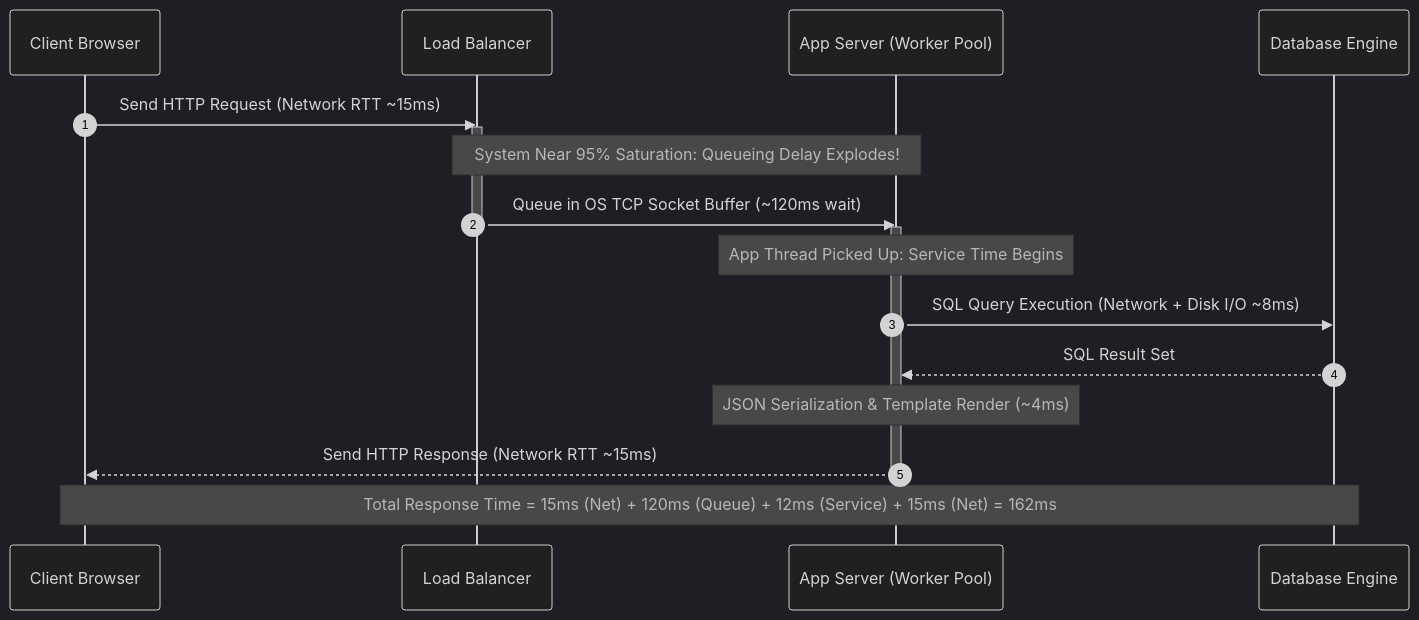
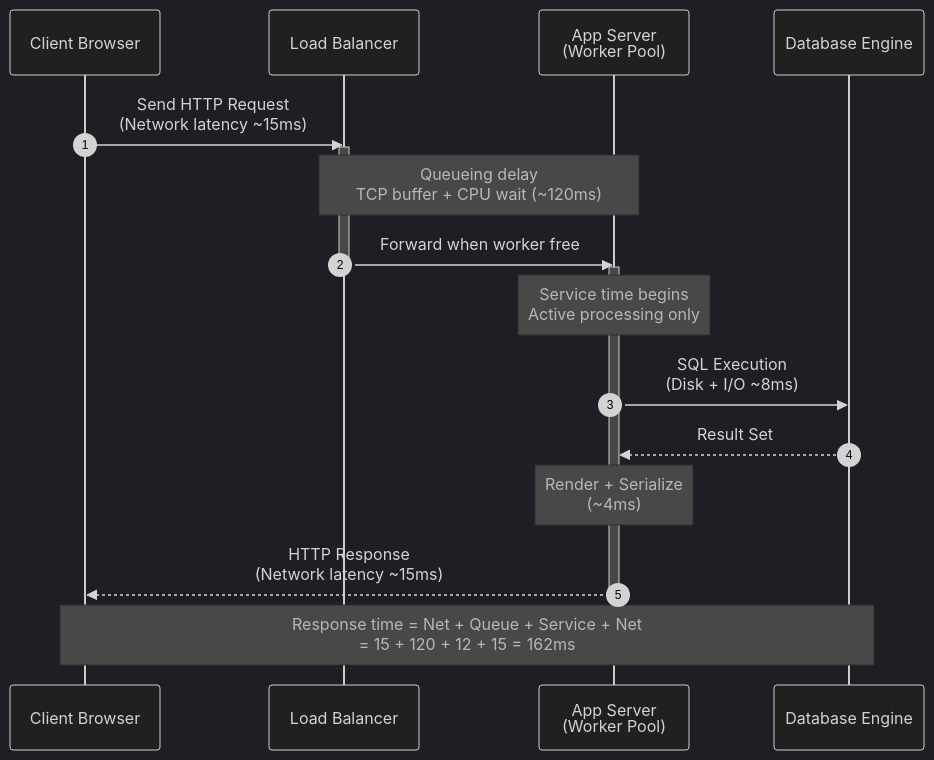
Before and after one commit to 1mimhe/books-summery: the fourth of 6 diagrams in 01 Designing Data-Intensive Applications/chapter-02-defining-nonfunctional-requirements.md, drawn with Mermaid (dark theme). The commit also changed other lines of this file and 2 other files, not shown here.

Commit message:
docs(book01): forensic rewrite ch01-03 (serverless/HPC, 6-fig split, GraphQL/DataFrames/Turtle, figs 3-7/3-9)

````diff
--- a/01 Designing Data-Intensive Applications/chapter-02-defining-nonfunctional-requirements.md
+++ b/01 Designing Data-Intensive Applications/chapter-02-defining-nonfunctional-requirements.md
@@ -230,23 +328,22 @@
 ```mermaid
 sequenceDiagram
   autonumber
   participant Client as Client Browser
   participant LB as Load Balancer
-  participant App as App Server (Worker Pool)
+  participant App as App Server<br/>(Worker Pool)
   participant DB as Database Engine
 
-  Client->>LB: Send HTTP Request (Network RTT ~15ms)
+  Client->>LB: Send HTTP Request<br/>(Network latency ~15ms)
   activate LB
-  Note over LB,App: System Near 95% Saturation: Queueing Delay Explodes!
-  LB->>App: Queue in OS TCP Socket Buffer (~120ms wait)
+  Note over LB,App: Queueing delay<br/>TCP buffer + CPU wait (~120ms)
+  LB->>App: Forward when worker free
   deactivate LB
   activate App
-  Note over App: App Thread Picked Up: Service Time Begins
-  App->>DB: SQL Query Execution (Network + Disk I/O ~8ms)
-  DB-->>App: SQL Result Set
-  Note over App: JSON Serialization & Template Render (~4ms)
-  App-->>Client: Send HTTP Response (Network RTT ~15ms)
+  Note over App: Service time begins<br/>Active processing only
+  App->>DB: SQL Execution<br/>(Disk + I/O ~8ms)
+  DB-->>App: Result Set
+  Note over App: Render + Serialize<br/>(~4ms)
+  App-->>Client: HTTP Response<br/>(Network latency ~15ms)
   deactivate App
-
-  Note over Client,DB: Total Response Time = 15ms (Net) + 120ms (Queue) + 12ms (Service) + 15ms (Net) = 162ms
+  Note over Client,DB: Response time = Net + Queue + Service + Net<br/>= 15 + 120 + 12 + 15 = 162ms
 ```
````
